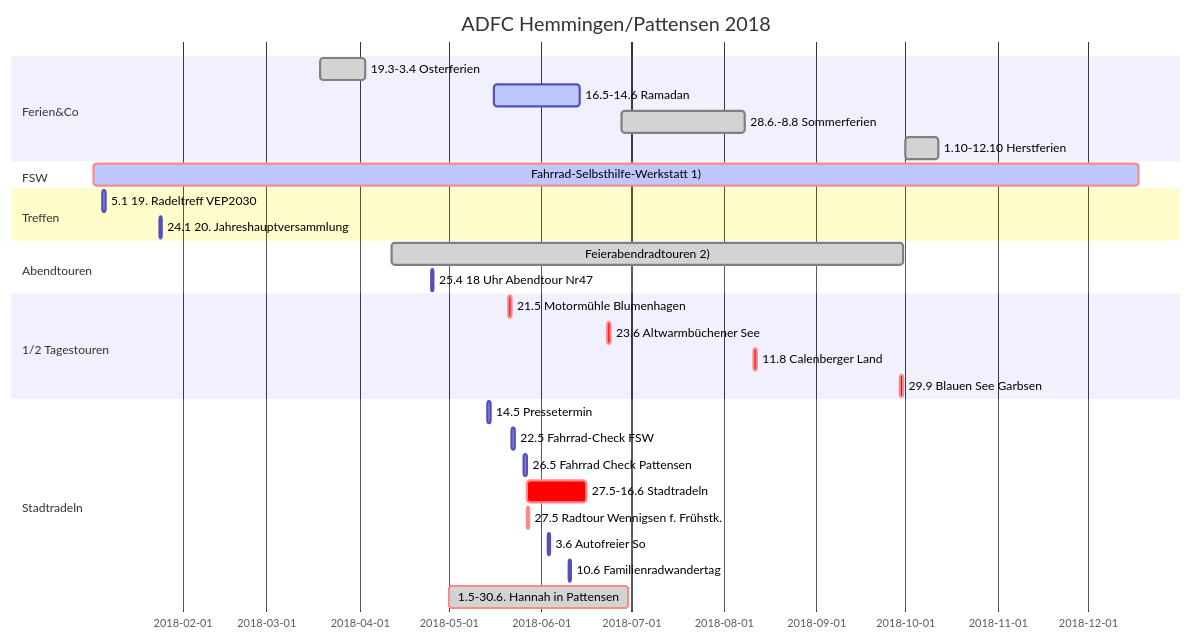
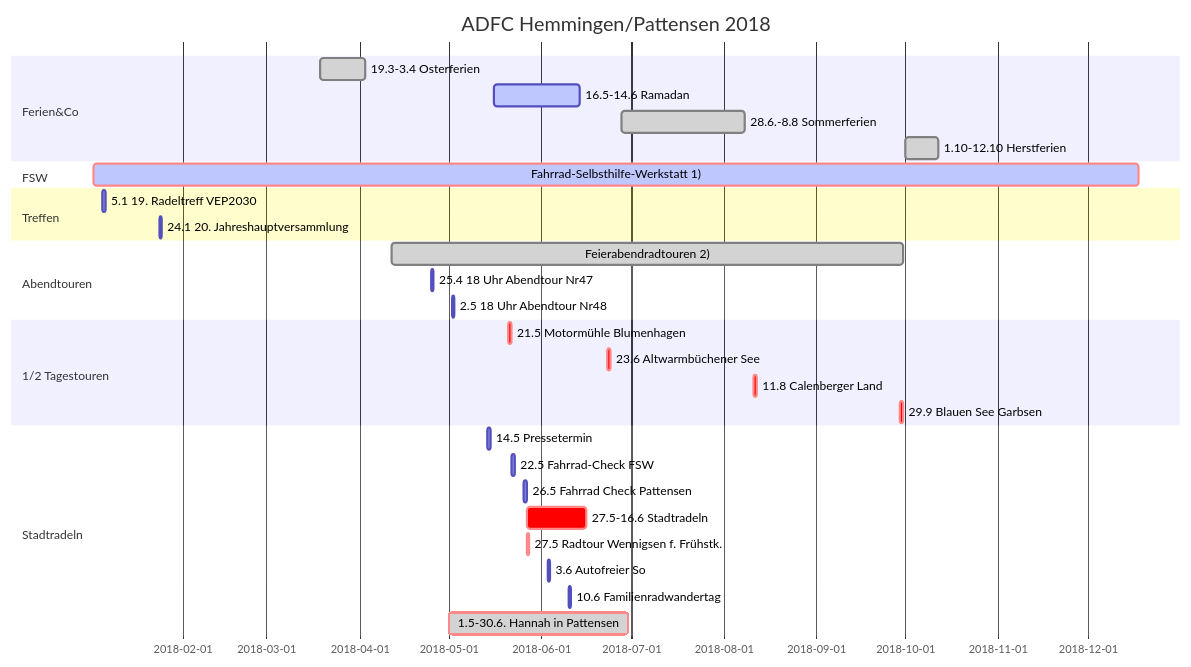
The diagram in index.md (adfc-hemmingen-pattensen/adfc-hemmingen-pattensen.github.io), drawn with Mermaid before and after one commit. The commit also changed other lines of this file and 3 other files, not shown here.

````diff
--- a/index.md
+++ b/index.md
@@ -66,40 +85,41 @@
 ```mermaid
 gantt
   title ADFC Hemmingen/Pattensen 2018
   dateFormat  DD.MM.YY
 
 section Ferien&Co
   19.3-3.4 Osterferien                        :done,        19.03.18, 03.04.18
   16.5-14.6  Ramadan                          :active,done, 16.05.18, 14.06.18
   28.6.-8.8 Sommerferien                      :done,        28.06.18, 08.08.18
   1.10-12.10 Herstferien                      :done,        01.10.18, 12.10.18
 
 section FSW
   Fahrrad-Selbsthilfe-Werkstatt 1)            :crit,active, 02.01.18, 18.12.18
 
 section Treffen
   5.1 19. Radeltreff VEP2030        : 05.01.18, 1d
   24.1 20. Jahreshauptversammlung   : 24.01.18, 1d
 
 section Abendtouren
   Feierabendradtouren 2)        :done, 12.04.18, 30.09.18
 25.4 18 Uhr Abendtour Nr47    : 25.04.18,1d
+2.5 18 Uhr Abendtour Nr48     : 02.05.18,1d
 
 section 1/2 Tagestouren
   21.5 Motormühle Blumenhagen   :crit, 21.05.18,1d
   23.6 Altwarmbüchener See      :crit, 23.06.18,1d
   11.8 Calenberger Land         :crit, 11.08.18,1d
   29.9 Blauen See Garbsen       :crit, 29.09.18,1d
 
 
 section Stadtradeln
   14.5 Pressetermin                           :             14.05.18, 1d
   22.5 Fahrrad-Check FSW                      :             22.05.18, 1d
   26.5 Fahrrad Check Pattensen                :             26.05.18, 1d
   27.5-16.6 Stadtradeln                       : crit,       27.05.18, 16.06.18
   27.5 Radtour Wennigsen f. Frühstk.          : crit,       27.05.18, 1d
   3.6 Autofreier So                           :             03.06.18, 1d
   10.6 Familienradwandertag                   :             10.06.18, 1d
   1.5-30.6.  Hannah in Pattensen              :crit, done,  01.05.18, 30.06.18
 
 ```
````
